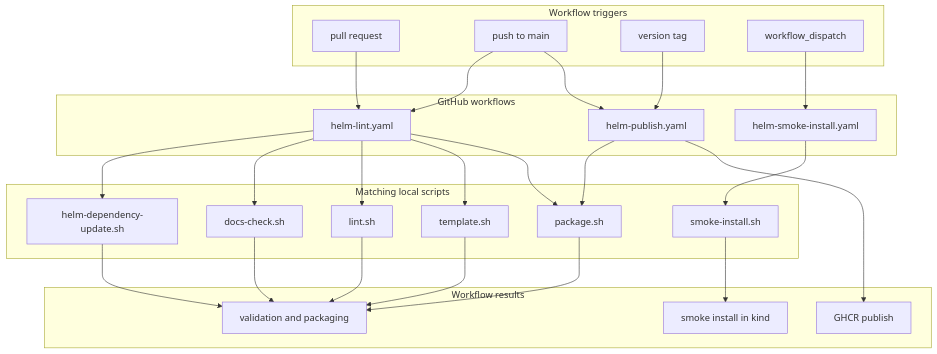
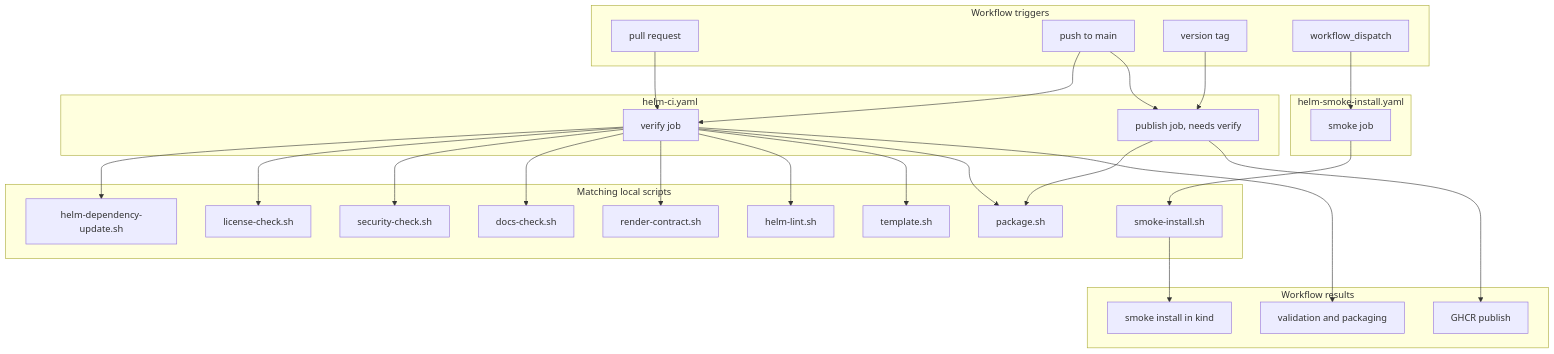
The diagram in .github/workflows/README.md (sanger-pathogens/dlh-in-a-box-umbrella-helm-chart), drawn with Mermaid before and after one commit. The commit also changed other lines of this file and 35 other files, not shown here.

````diff
--- a/.github/workflows/README.md
+++ b/.github/workflows/README.md
@@ -24,50 +23,56 @@
 ```mermaid
 flowchart TD
   subgraph Triggers["Workflow triggers"]
     PR[pull request]
     Main[push to main]
     Tag[version tag]
     Manual[workflow_dispatch]
   end
 
-  subgraph Workflows["GitHub workflows"]
-    Lint[helm-lint.yaml]
-    Smoke[helm-smoke-install.yaml]
-    Publish[helm-publish.yaml]
+  subgraph Workflow["helm-ci.yaml"]
+    Verify[verify job]
+    Publish[publish job, needs verify]
+  end
+
+  subgraph Smoke["helm-smoke-install.yaml"]
+    SmokeJob[smoke job]
   end
 
   subgraph LocalParity["Matching local scripts"]
     Deps[helm-dependency-update.sh]
+    License[license-check.sh]
+    Security[security-check.sh]
     Docs[docs-check.sh]
-    LintLocal[lint.sh]
+    Contract[render-contract.sh]
+    LintLocal[helm-lint.sh]
     Template[template.sh]
     Package[package.sh]
     SmokeLocal[smoke-install.sh]
   end
 
   subgraph Outcome["Workflow results"]
     Validation[validation and packaging]
+    GHCR[GHCR publish]
     KindSmoke[smoke install in kind]
-    GHCR[GHCR publish]
   end
 
-  PR --> Lint
-  Main --> Lint
+  PR --> Verify
+  Main --> Verify
   Main --> Publish
   Tag --> Publish
-  Manual --> Smoke
-  Lint --> Deps
-  Lint --> Docs
-  Lint --> LintLocal
-  Lint --> Template
-  Lint --> Package
-  Smoke --> SmokeLocal
+  Manual --> SmokeJob
+
+  Verify --> Deps
+  Verify --> License
+  Verify --> Security
+  Verify --> Docs
+  Verify --> Contract
+  Verify --> LintLocal
+  Verify --> Template
+  Verify --> Package
+  Verify --> Validation
   Publish --> Package
-  Deps --> Validation
-  Docs --> Validation
-  LintLocal --> Validation
-  Template --> Validation
-  Package --> Validation
+  Publish --> GHCR
+  SmokeJob --> SmokeLocal
   SmokeLocal --> KindSmoke
-  Publish --> GHCR
 ```
````
